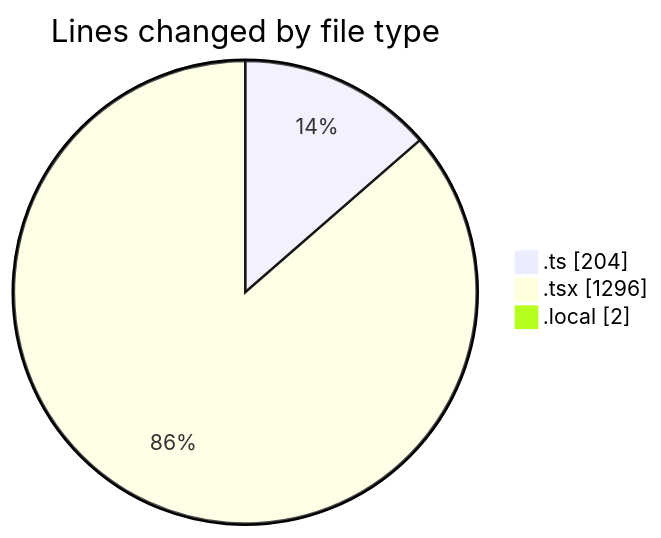
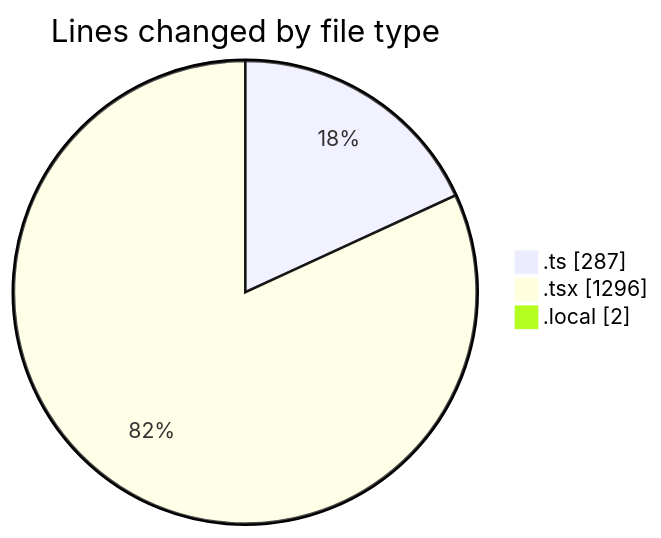
One commit to julien-gomy/code-tracking changed the first of 2 diagrams in 2025-10-28/eventscop-frontend-guide__workspace_/README.md. Above: the diagram before and after it, drawn with Mermaid. The commit also changed other lines of this file and 1 other file, not shown here.

````diff
--- a/2025-10-28/eventscop-frontend-guide__workspace_/README.md
+++ b/2025-10-28/eventscop-frontend-guide__workspace_/README.md
@@ -30,7 +31,7 @@
 ```mermaid
 pie showData
 title Lines changed by file type
-".ts" : 204
+".ts" : 287
 ".tsx" : 1296
 ".local" : 2
 ```
````
